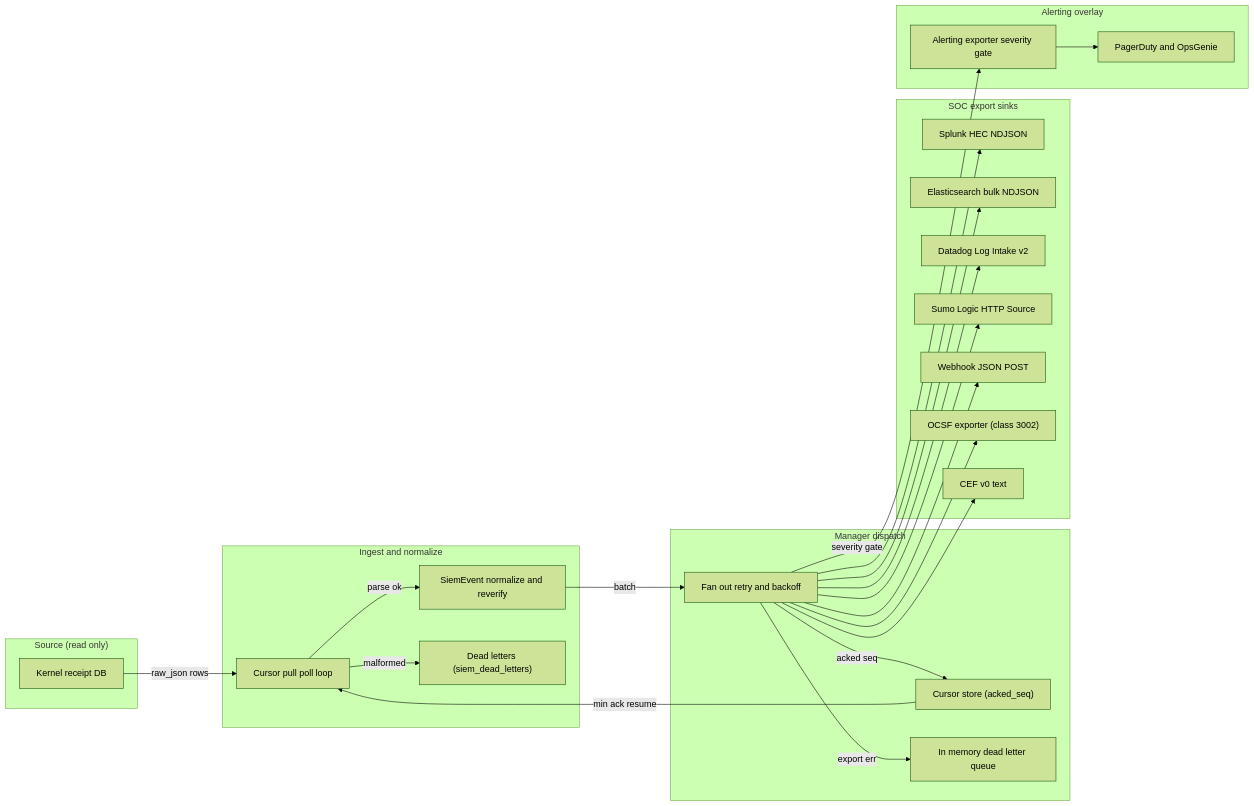
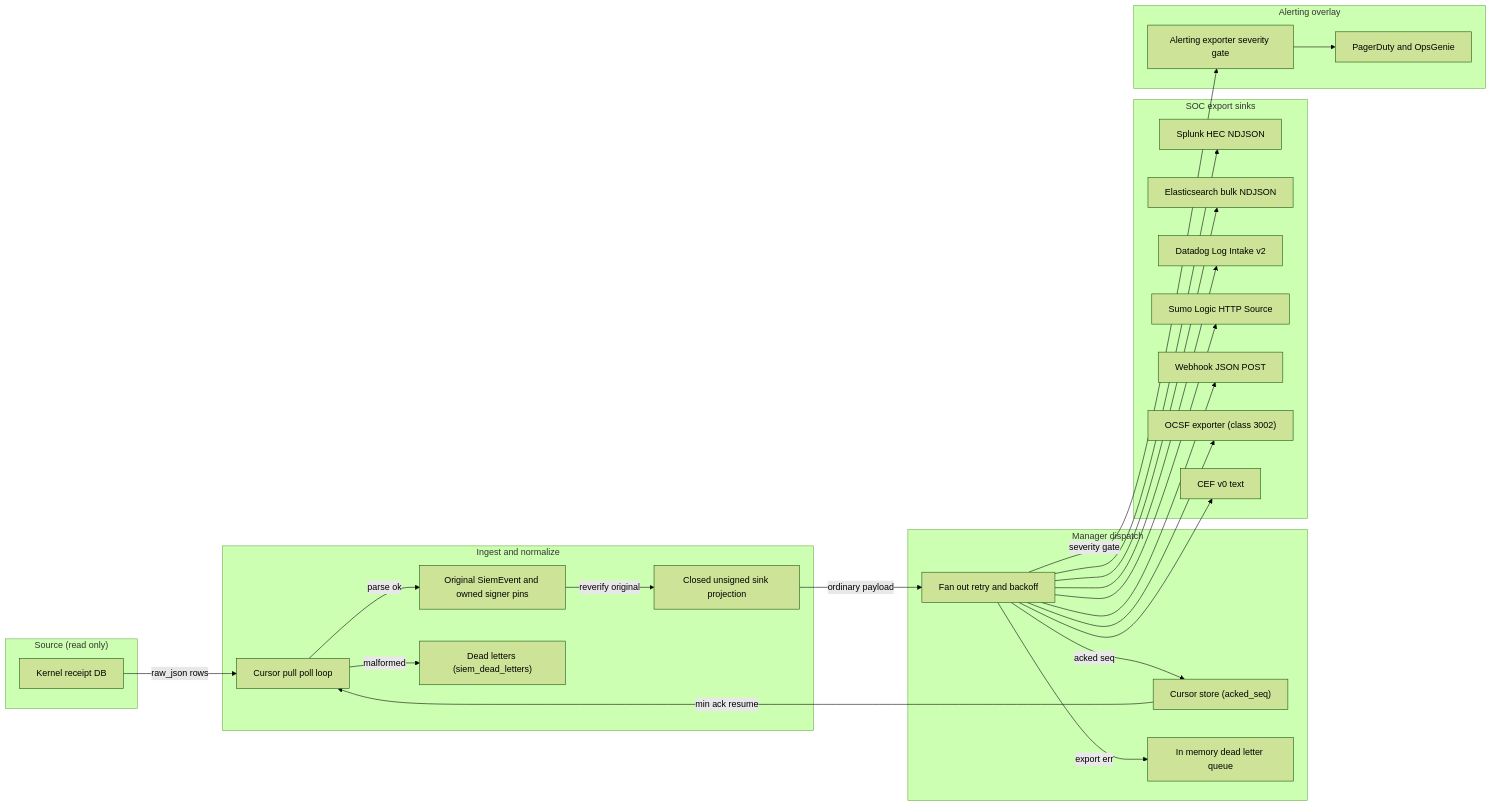
Before and after one commit to bb-connor/arc: the diagram in crates/observability/chio-siem/ARCHITECTURE.md, drawn with Mermaid (forest theme). The commit also changed other lines of this file and 23 other files, not shown here.

Commit message:
fix(siem): minimize ordinary sink payloads and retained retries (EV1)

````diff
--- a/crates/observability/chio-siem/ARCHITECTURE.md
+++ b/crates/observability/chio-siem/ARCHITECTURE.md
@@ -20,45 +20,47 @@
 ```mermaid
 flowchart LR
     subgraph src["Source (read only)"]
         RDB["Kernel receipt DB"]
     end
     subgraph ingest["Ingest and normalize"]
         POLL["Cursor pull poll loop"]
-        SE["SiemEvent normalize and reverify"]
+        SE["Original SiemEvent and owned signer pins"]
+        PROJ["Closed unsigned sink projection"]
         DL["Dead letters (siem_dead_letters)"]
     end
     subgraph dispatch["Manager dispatch"]
         FANOUT["Fan out retry and backoff"]
         CUR["Cursor store (acked_seq)"]
         DLQ["In memory dead letter queue"]
     end
     subgraph sinks["SOC export sinks"]
         SPLUNK["Splunk HEC NDJSON"]
         ELASTIC["Elasticsearch bulk NDJSON"]
         DATADOG["Datadog Log Intake v2"]
         SUMO["Sumo Logic HTTP Source"]
         WEBHOOK["Webhook JSON POST"]
         OCSFX["OCSF exporter (class 3002)"]
         CEFX["CEF v0 text"]
     end
     subgraph alerting["Alerting overlay"]
         ALERT["Alerting exporter severity gate"]
         PAGE["PagerDuty and OpsGenie"]
     end
     RDB -->|"raw_json rows"| POLL
     POLL -->|"parse ok"| SE
     POLL -->|"malformed"| DL
-    SE -->|"batch"| FANOUT
+    SE -->|"reverify original"| PROJ
+    PROJ -->|"ordinary payload"| FANOUT
     FANOUT --> SPLUNK
     FANOUT --> ELASTIC
     FANOUT --> DATADOG
     FANOUT --> SUMO
     FANOUT --> WEBHOOK
     FANOUT --> OCSFX
     FANOUT --> CEFX
     FANOUT -->|"severity gate"| ALERT
     ALERT --> PAGE
     FANOUT -->|"acked seq"| CUR
     FANOUT -->|"export err"| DLQ
     CUR -->|"min ack resume"| POLL
 ```
````
